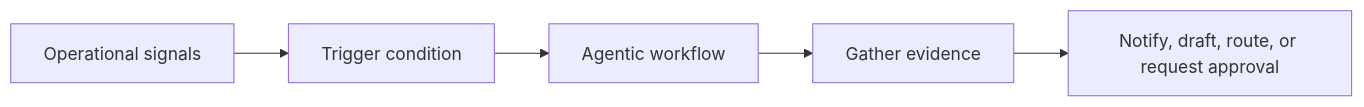
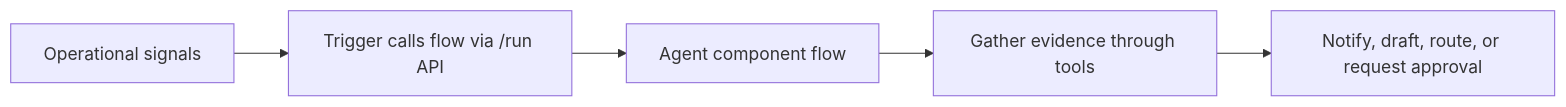
The fifth of 11 diagrams in book/chapters/chapter-02-from-agents-to-agentic-ai.md (naren-allam/agents-beginners), drawn with Mermaid before and after one commit. The commit also changed other lines of this file and 28 other files, not shown here.

````diff
--- a/book/chapters/chapter-02-from-agents-to-agentic-ai.md
+++ b/book/chapters/chapter-02-from-agents-to-agentic-ai.md
@@ -135,13 +142,13 @@
 ```mermaid
 flowchart LR
     Signals["Operational signals"]
-    Trigger["Trigger condition"]
-    Agent["Agentic workflow"]
-    Evidence["Gather evidence"]
+    Trigger["Trigger calls flow via /run API"]
+    Agent["Agent component flow"]
+    Evidence["Gather evidence through tools"]
     Action["Notify, draft, route, or request approval"]
 
     Signals --> Trigger
     Trigger --> Agent
     Agent --> Evidence
     Evidence --> Action
 ```
````
